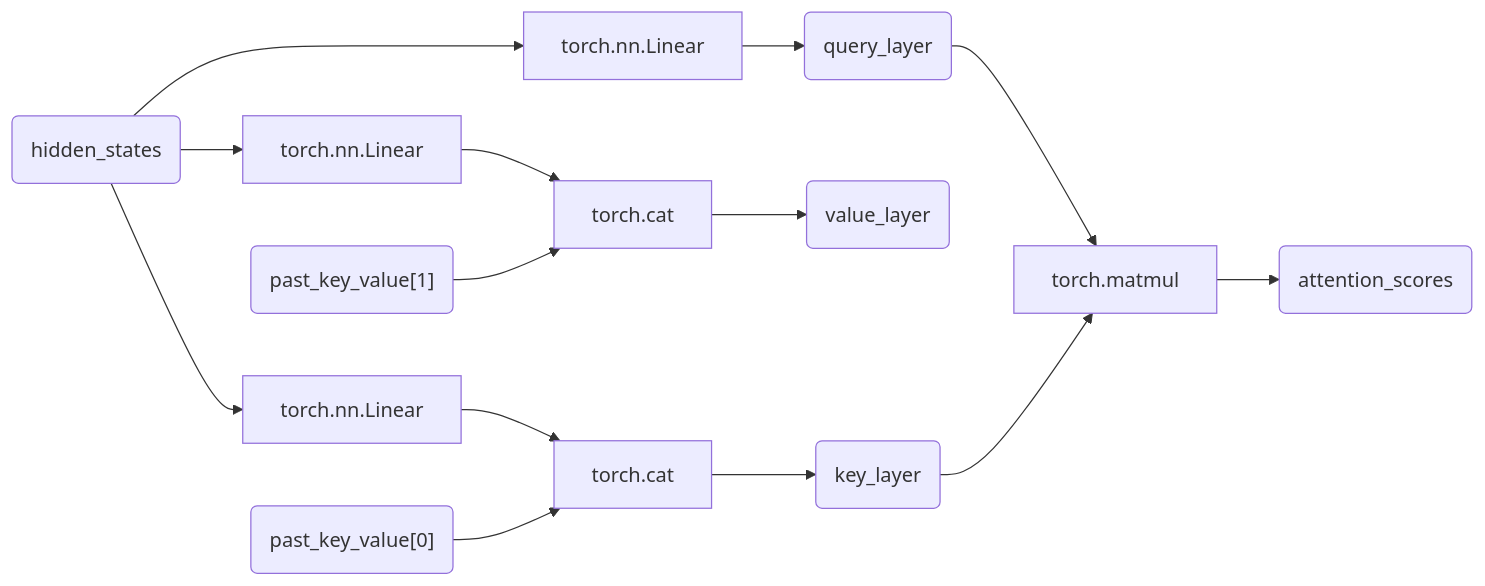
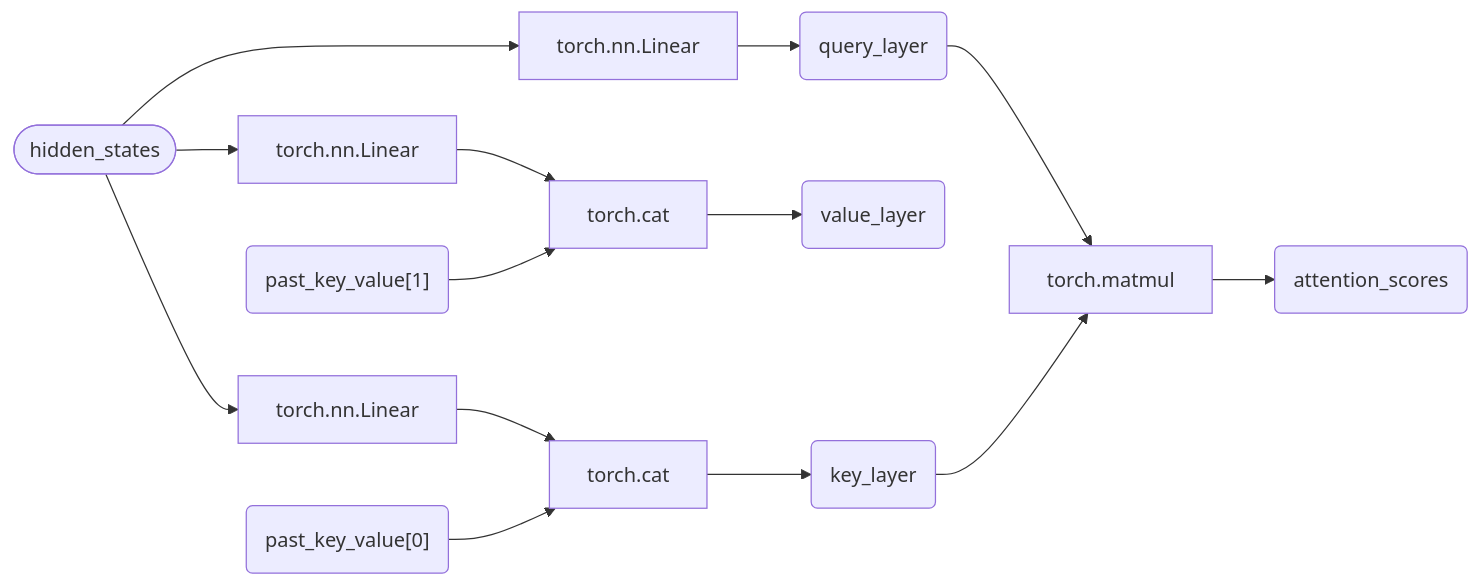
One commit to coba-yu/transformers-from-pytorch changed diagram 12 of 18 in BERT.md. Above: the diagram before and after it, drawn with Mermaid. The commit also changed other lines of this file, not shown here.

````diff
--- a/BERT.md
+++ b/BERT.md
@@ -409,10 +409,10 @@
 ```mermaid
-flowchart LR
-  hidden_states(hidden_states) --> key[torch.nn.Linear] --> cat_past_key[torch.cat] --> key_layer(key_layer)
+graph LR
+  hidden_states([hidden_states]) --> key[torch.nn.Linear] --> cat_past_key[torch.cat] --> key_layer(key_layer)
   past_key("past_key_value[0]") --> cat_past_key
   hidden_states --> value[torch.nn.Linear] --> cat_past_value[torch.cat] --> value_layer(value_layer)
   past_value("past_key_value[1]") --> cat_past_value
   hidden_states --> query[torch.nn.Linear] --> query_layer(query_layer)
   query_layer --> torch.matmul --> attention_scores(attention_scores)
   key_layer --> torch.matmul
 ```
````
